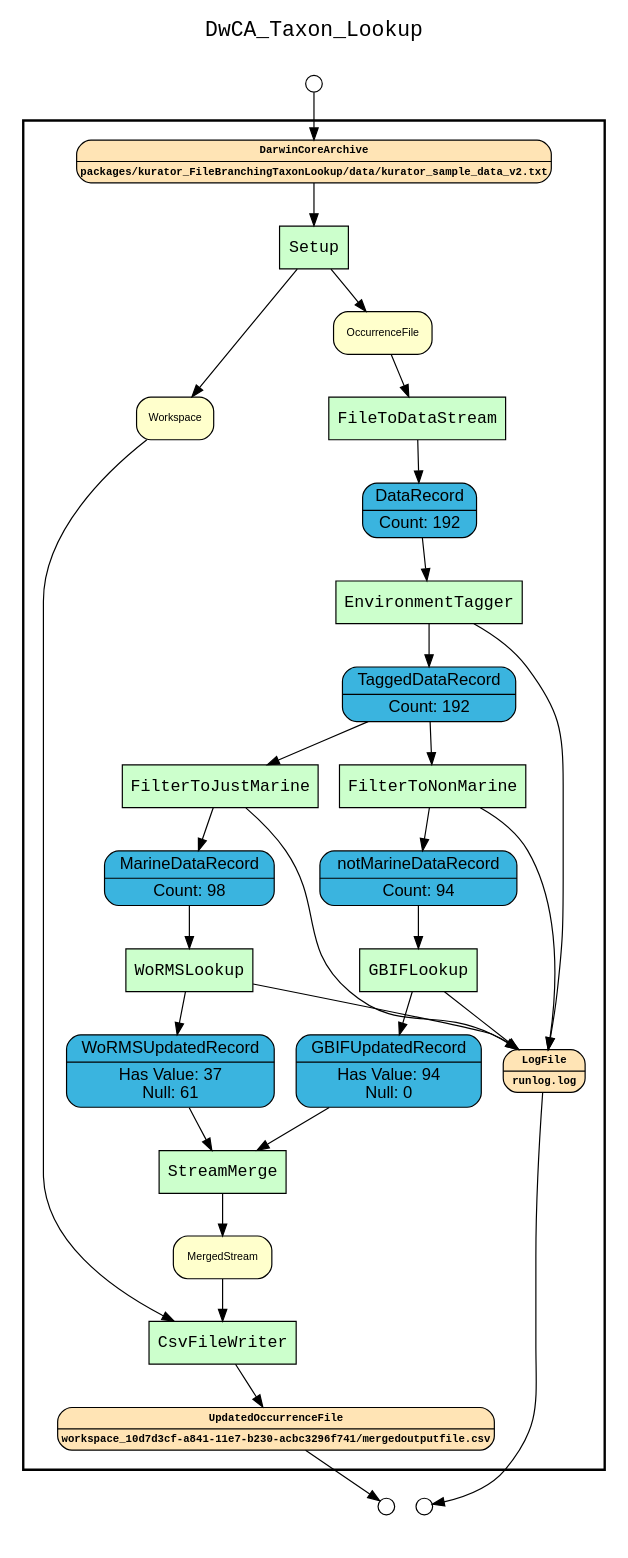
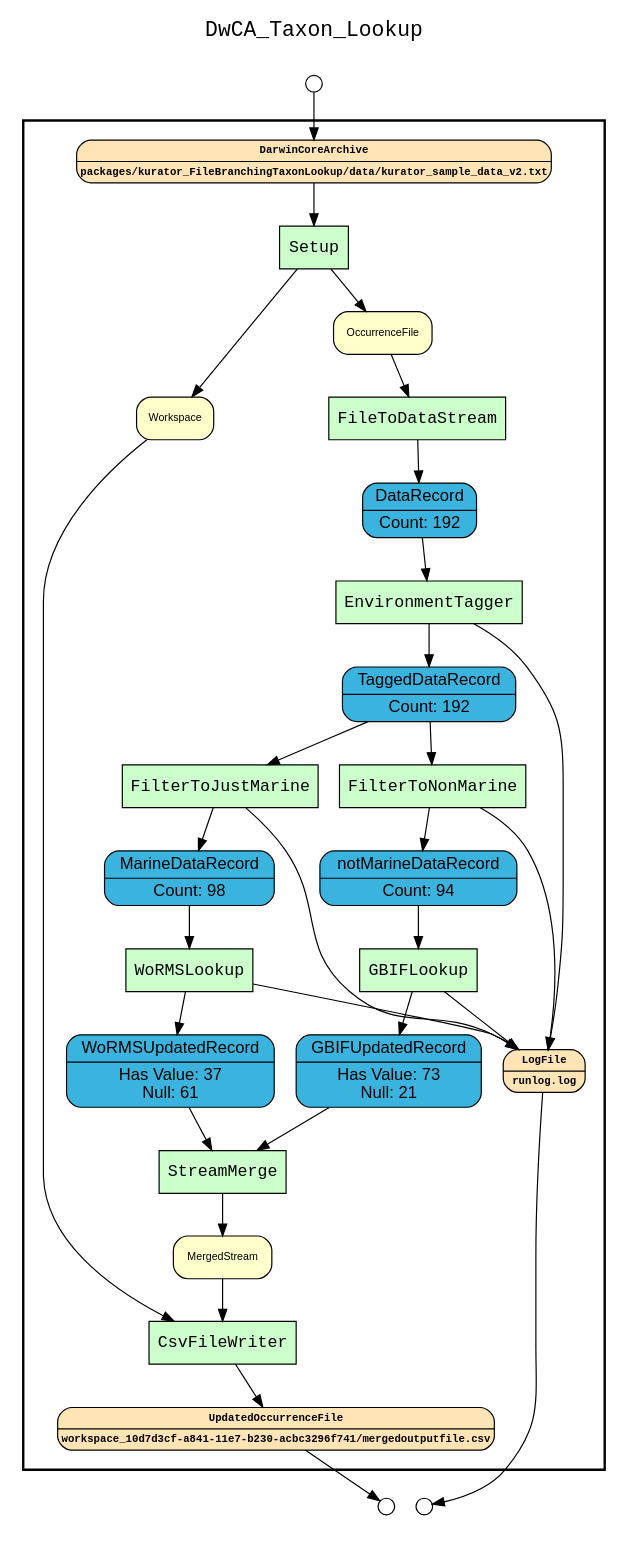
The diagram in kurator_FileBranchingTaxonLookup/workflows/results/wf_recon_complete_graph_of_aggregate_level.gv (kurator-org/kurator-TDWG17-YW), drawn with Graphviz before and after one commit. The commit also changed 2 other files, not shown here.

Commit message:
update aggregate hybrid graph

```diff
--- a/kurator_FileBranchingTaxonLookup/workflows/results/wf_recon_complete_graph_of_aggregate_level.gv
+++ b/kurator_FileBranchingTaxonLookup/workflows/results/wf_recon_complete_graph_of_aggregate_level.gv
@@ -1,84 +1,84 @@
 
 digraph yw_data_view {
 rankdir=TB
 fontname=Courier; fontsize=18; labelloc=t
 label="DwCA_Taxon_Lookup"
 subgraph cluster_workflow { label=""; color=black; penwidth=2
 subgraph cluster_workflow_inner { label=""; color=white
 node[shape=box style="filled" fillcolor="#CCFFCC" peripheries=1 fontname=Courier]
 Setup
 FileToDataStream
 EnvironmentTagger
 FilterToJustMarine
 FilterToNonMarine
 WoRMSLookup
 GBIFLookup
 StreamMerge
 CsvFileWriter
 node[shape=box style="filled" fillcolor="#CCFFCC" peripheries=1 fontname=Courier]
 node[shape=box style="rounded,filled" fillcolor="#3ab4df" peripheries=1 fontname=Helvetica]
 DataRecord[shape=record rankdir=LR label="{<f0> DataRecord |<f1>Count: 192\n}"]
 TaggedDataRecord[shape=record rankdir=LR label="{<f0> TaggedDataRecord |<f1>Count: 192\n}"]
 MarineDataRecord[shape=record rankdir=LR label="{<f0> MarineDataRecord |<f1>Count: 98\n}"]
 notMarineDataRecord[shape=record rankdir=LR label="{<f0> notMarineDataRecord |<f1>Count: 94\n}"]
 node[shape=box style="rounded,filled" fillcolor="#3ab4df" peripheries=1 fontname=Helvetica]
 WoRMSUpdatedRecord[shape=record rankdir=LR label="{<f0> WoRMSUpdatedRecord |<f1>Has Value: 37\n Null: 61\n}"]
-GBIFUpdatedRecord[shape=record rankdir=LR label="{<f0> GBIFUpdatedRecord |<f1>Has Value: 94\n Null: 0\n}"]
+GBIFUpdatedRecord[shape=record rankdir=LR label="{<f0> GBIFUpdatedRecord |<f1>Has Value: 73\n Null: 21\n}"]
 node[shape=box style="rounded,filled" fillcolor="#FFE4B5" peripheries=1 fontname="Courier-Bold" fontsize=9]
 DarwinCoreArchive[shape=record rankdir=LR label="{<f0> DarwinCoreArchive |<f1>packages/kurator_FileBranchingTaxonLookup/data/kurator_sample_data_v2.txt\n}"]
 node[shape=box style="rounded,filled" fillcolor="#FFFFCC" peripheries=1 fontname=Helvetica]
 Workspace
 OccurrenceFile
 DataRecord
 TaggedDataRecord
 MarineDataRecord
 notMarineDataRecord
 WoRMSUpdatedRecord
 GBIFUpdatedRecord
 MergedStream
 node[shape=box style="rounded,filled" fillcolor="#FFE4B5" peripheries=1 fontname="Courier-Bold" fontsize=9]
 LogFile[shape=record rankdir=LR label="{<f0> LogFile |<f1>runlog.log\n}"]
 UpdatedOccurrenceFile[shape=record rankdir=LR label="{<f0> UpdatedOccurrenceFile |<f1>workspace_10d7d3cf-a841-11e7-b230-acbc3296f741/mergedoutputfile.csv\n}"]
 node[shape=box style="rounded,filled" fillcolor="#FFFFFF" peripheries=1 fontname=Helvetica]
 }}
 subgraph cluster_inflows { label=""; color=white; penwidth=2
 subgraph cluster_inflows_inner { label=""; color=white
 node[shape=circle fillcolor="#FFFFFF" peripheries=1 width=0.2]
 DarwinCoreArchive_inflow [label=""]
 }}
 subgraph cluster_outflows { label=""; color=white; penwidth=2
 subgraph cluster_outflows_inner { label=""; color=white
 node[shape=circle fillcolor="#FFFFFF" peripheries=1 width=0.2]
 LogFile_outflow [label=""]
 UpdatedOccurrenceFile_outflow [label=""]
 }}
 DarwinCoreArchive -> Setup
 Workspace -> CsvFileWriter
 OccurrenceFile -> FileToDataStream
 DataRecord -> EnvironmentTagger
 TaggedDataRecord -> FilterToJustMarine
 TaggedDataRecord -> FilterToNonMarine
 MarineDataRecord -> WoRMSLookup
 notMarineDataRecord -> GBIFLookup
 WoRMSUpdatedRecord -> StreamMerge
 GBIFUpdatedRecord -> StreamMerge
 MergedStream -> CsvFileWriter
 Setup -> Workspace
 Setup -> OccurrenceFile
 FileToDataStream -> DataRecord
 EnvironmentTagger -> LogFile
 EnvironmentTagger -> TaggedDataRecord
 FilterToJustMarine -> LogFile
 FilterToJustMarine -> MarineDataRecord
 FilterToNonMarine -> LogFile
 FilterToNonMarine -> notMarineDataRecord
 WoRMSLookup -> LogFile
 WoRMSLookup -> WoRMSUpdatedRecord
 GBIFLookup -> LogFile
 GBIFLookup -> GBIFUpdatedRecord
 StreamMerge -> MergedStream
 CsvFileWriter -> UpdatedOccurrenceFile
 DarwinCoreArchive_inflow -> DarwinCoreArchive
 LogFile -> LogFile_outflow
 UpdatedOccurrenceFile -> UpdatedOccurrenceFile_outflow
 }
```
